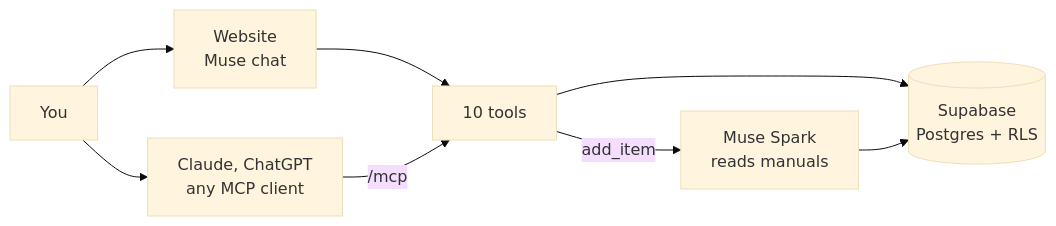
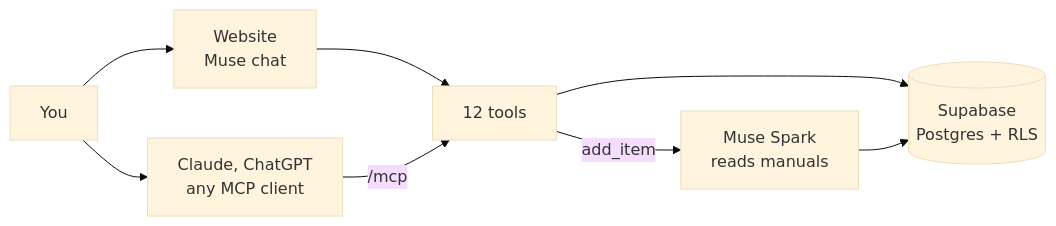
One commit to lperezmo/manuals-mcp changed the diagram in README.md. Above: the diagram before and after it, drawn with Mermaid (base theme). The commit also changed other lines of this file and 24 other files, not shown here.

````diff
--- a/README.md
+++ b/README.md
@@ -14,10 +14,10 @@
 ```mermaid
 flowchart LR
   you["You"] --> site["Website\nMuse chat"]
   you --> ai["Claude, ChatGPT\nany MCP client"]
-  site --> tools["10 tools"]
+  site --> tools["12 tools"]
   ai -- "/mcp" --> tools
   tools --> db[("Supabase\nPostgres + RLS")]
   tools -- "add_item" --> muse["Muse Spark\nreads manuals"]
   muse --> db
 ```
````
